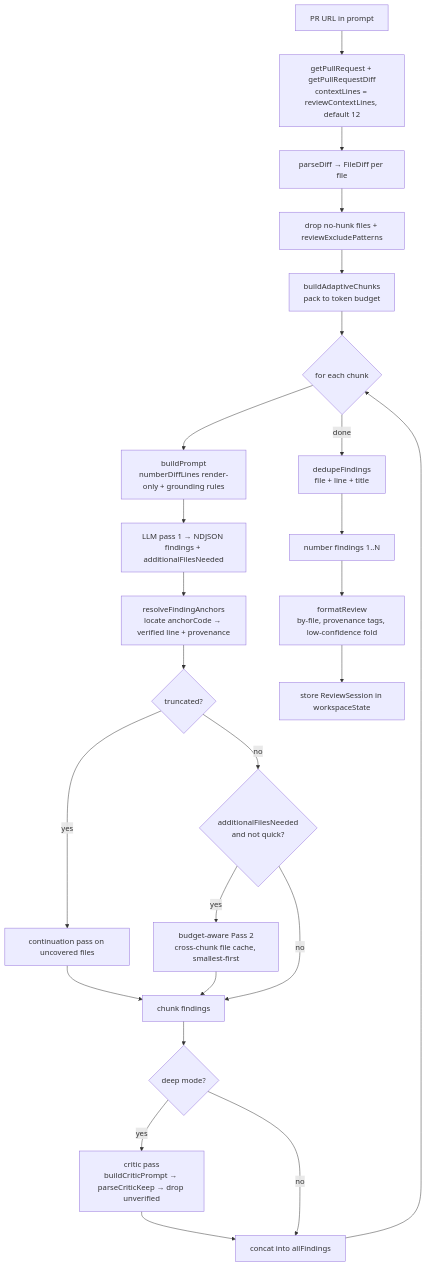
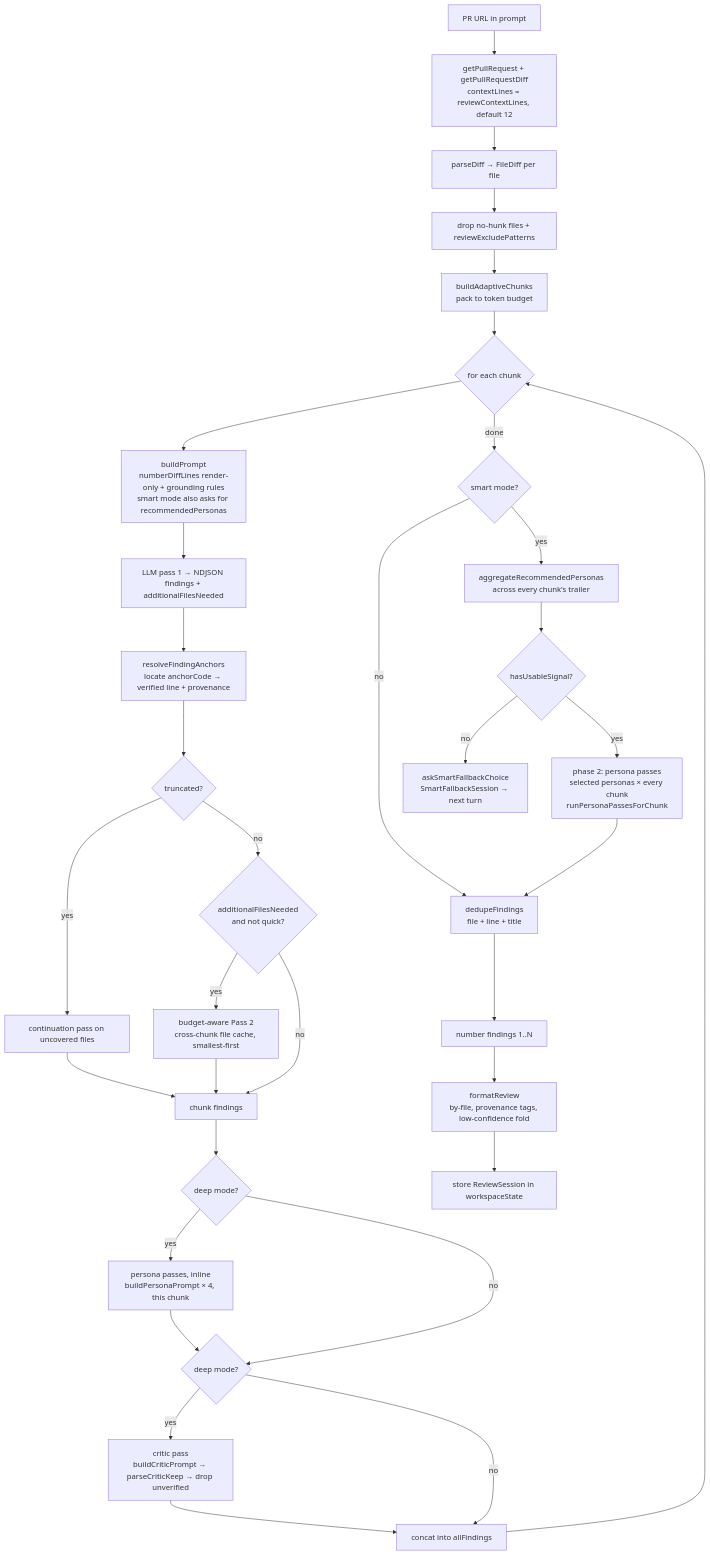
Before and after one commit to rbreunung/ticket-sidekick: the first of 2 diagrams in docs/review-process.md, drawn with Mermaid. The commit also changed other lines of this file and 1 other file, not shown here.

First line of the commit message:
docs(bitbucket): document persona review, smart mode, and fallback session (U6)

````diff
--- a/docs/review-process.md
+++ b/docs/review-process.md
@@ -16,27 +16,36 @@
 ```mermaid
 flowchart TD
     A[PR URL in prompt] --> B[getPullRequest + getPullRequestDiff<br/>contextLines = reviewContextLines, default 12]
     B --> C[parseDiff → FileDiff per file]
     C --> D[drop no-hunk files + reviewExcludePatterns]
     D --> E[buildAdaptiveChunks<br/>pack to token budget]
     E --> F{for each chunk}
-    F --> G[buildPrompt<br/>numberDiffLines render-only + grounding rules]
+    F --> G[buildPrompt<br/>numberDiffLines render-only + grounding rules<br/>smart mode also asks for recommendedPersonas]
     G --> H[LLM pass 1 → NDJSON findings + additionalFilesNeeded]
     H --> I[resolveFindingAnchors<br/>locate anchorCode → verified line + provenance]
     I --> J{truncated?}
     J -- yes --> K[continuation pass on uncovered files]
     J -- no --> L{additionalFilesNeeded<br/>and not quick?}
     L -- yes --> M[budget-aware Pass 2<br/>cross-chunk file cache, smallest-first]
     L -- no --> N
     K --> N
     M --> N[chunk findings]
-    N --> O{deep mode?}
+    N --> DP{deep mode?}
+    DP -- yes --> PP[persona passes, inline<br/>buildPersonaPrompt × 4, this chunk]
+    DP -- no --> O
+    PP --> O{deep mode?}
     O -- yes --> P[critic pass<br/>buildCriticPrompt → parseCriticKeep → drop unverified]
     O -- no --> Q
     P --> Q[concat into allFindings]
     Q --> F
-    F -- done --> R[dedupeFindings<br/>file + line + title]
+    F -- done --> SM{smart mode?}
+    SM -- no --> R
+    SM -- yes --> AGG[aggregateRecommendedPersonas<br/>across every chunk's trailer]
+    AGG --> USB{hasUsableSignal?}
+    USB -- no --> FB[askSmartFallbackChoice<br/>SmartFallbackSession → next turn]
+    USB -- yes --> PP2[phase 2: persona passes<br/>selected personas × every chunk<br/>runPersonaPassesForChunk]
+    PP2 --> R[dedupeFindings<br/>file + line + title]
     R --> S[number findings 1..N]
     S --> T[formatReview<br/>by-file, provenance tags, low-confidence fold]
     T --> U[store ReviewSession in workspaceState]
 ```
````
